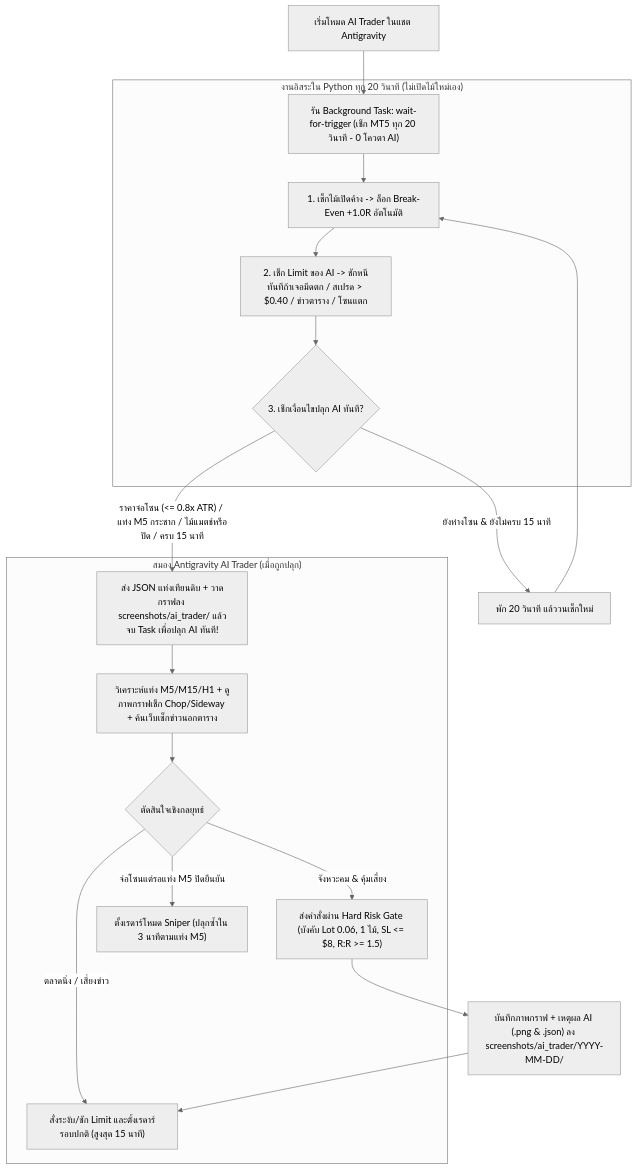
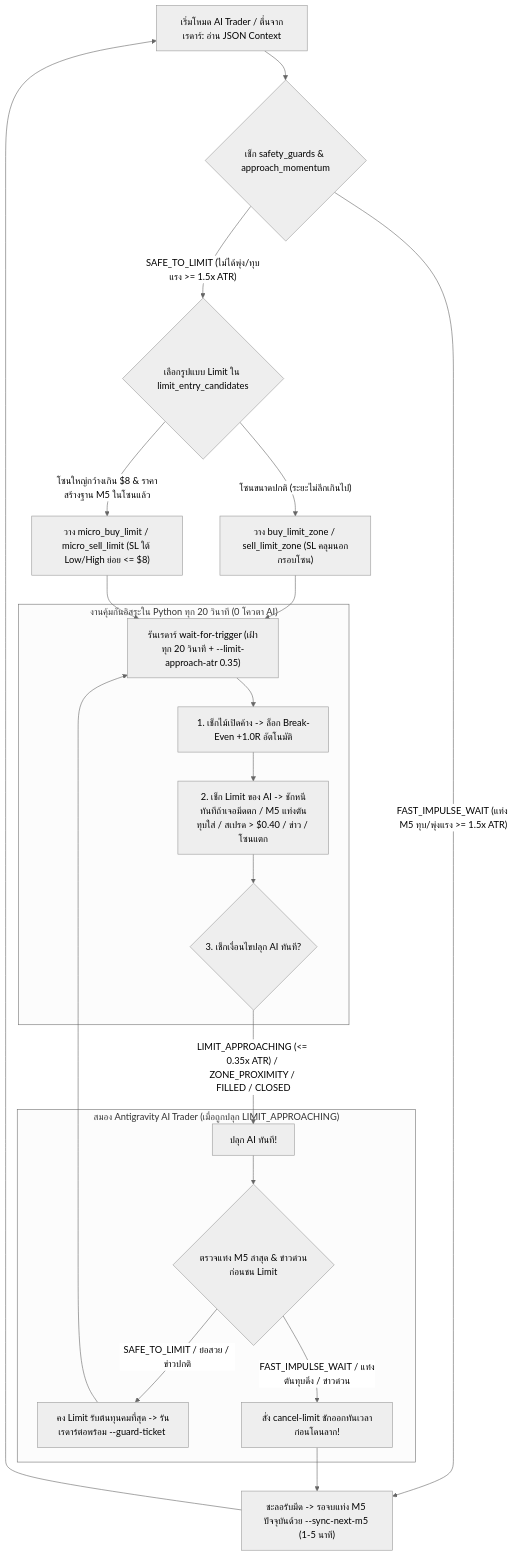
Before and after one commit to ice-TH/Auto_Trade_AI: the diagram in .agents/workflows/xauusd_ai_trader_workflow.md, drawn with Mermaid (neutral theme). The commit also changed other lines of this file and 21 other files, not shown here.

````diff
--- a/.agents/workflows/xauusd_ai_trader_workflow.md
+++ b/.agents/workflows/xauusd_ai_trader_workflow.md
@@ -16,26 +16,29 @@
 ```mermaid
 flowchart TD
-    Start["เริ่มโหมด AI Trader ในแชต Antigravity"] --> Radar["รัน Background Task: wait-for-trigger (เช็ก MT5 ทุก 20 วินาที - 0 โควตา AI)"]
-    
-    subgraph Python_Watchdog ["งานอิสระใน Python ทุก 20 วินาที (ไม่เปิดไม้ใหม่เอง)"]
+    Start["เริ่มโหมด AI Trader / ตื่นจากเรดาร์: อ่าน JSON Context"] --> CheckMom{"เช็ก safety_guards & approach_momentum"}
+    CheckMom -- "SAFE_TO_LIMIT (ไม่ได้พุ่ง/ทุบแรง >= 1.5x ATR)" --> PickLimit{"เลือกรูปแบบ Limit ใน limit_entry_candidates"}
+    PickLimit -- "โซนขนาดปกติ (ระยะไม่ลึกเกินไป)" --> ZoneLim["วาง buy_limit_zone / sell_limit_zone (SL คลุมนอกกรอบโซน)"]
+    PickLimit -- "โซนใหญ่กว้างเกิน $8 & ราคาสร้างฐาน M5 ในโซนแล้ว" --> MicroLim["วาง micro_buy_limit / micro_sell_limit (SL ใต้ Low/High ย่อย <= $8)"]
+    CheckMom -- "FAST_IMPULSE_WAIT (แท่ง M5 ทุบ/พุ่งแรง >= 1.5x ATR)" --> SyncM5["ชะลอรับมีด -> รอจบแท่ง M5 ปัจจุบันด้วย --sync-next-m5 (1-5 นาที)"]
+
+    ZoneLim --> Radar["รันเรดาร์ wait-for-trigger (เฝ้าทุก 20 วินาที + --limit-approach-atr 0.35)"]
+    MicroLim --> Radar
+    SyncM5 --> Start
+
+    subgraph Python_Watchdog ["งานคุ้มกันอิสระใน Python ทุก 20 วินาที (0 โควตา AI)"]
         Radar --> BE["1. เช็กไม้เปิดค้าง -> ล็อก Break-Even +1.0R อัตโนมัติ"]
-        BE --> GuardLimit["2. เช็ก Limit ของ AI -> ชักหนีทันทีถ้าเจอมีดตก / สเปรด > $0.40 / ข่าวตาราง / โซนแตก"]
+        BE --> GuardLimit["2. เช็ก Limit ของ AI -> ชักหนีทันทีถ้าเจอมีดตก / M5 แท่งตันทุบใส่ / สเปรด > $0.40 / ข่าว / โซนแตก"]
         GuardLimit --> CheckWake{"3. เช็กเงื่อนไขปลุก AI ทันที?"}
     end
-    
-    CheckWake -- "ยังห่างโซน & ยังไม่ครบ 15 นาที" --> Sleep20["พัก 20 วินาที แล้ววนเช็กใหม่"]
-    Sleep20 --> BE
-    
-    CheckWake -- "ราคาจ่อโซน (<= 0.8x ATR) / แท่ง M5 กระชาก / ไม้แมตช์หรือปิด / ครบ 15 นาที" --> WakeAI["ส่ง JSON แท่งเทียนดิบ + วาดกราฟลง screenshots/ai_trader/ แล้วจบ Task เพื่อปลุก AI ทันที!"]
-    
-    subgraph AI_Brain ["สมอง Antigravity AI Trader (เมื่อถูกปลุก)"]
-        WakeAI --> Analyze["วิเคราะห์แท่ง M5/M15/H1 + ดูภาพกราฟเช็ก Chop/Sideway + ค้นเว็บเช็กข่าวนอกตาราง"]
-        Analyze --> Decide{"ตัดสินใจเชิงกลยุทธ์"}
-        Decide -- "จังหวะคม & คุ้มเสี่ยง" --> Gate["ส่งคำสั่งผ่าน Hard Risk Gate (บังคับ Lot 0.06, 1 ไม้, SL <= $8, R:R >= 1.5)"]
-        Decide -- "จ่อโซนแต่รอแท่ง M5 ปิดยืนยัน" --> ShortRadar["ตั้งเรดาร์โหมด Sniper (ปลุกซ้ำใน 3 นาทีตามแท่ง M5)"]
-        Decide -- "ตลาดนิ่ง / เสี่ยงข่าว" --> NormalRadar["สั่งระงับ/ชัก Limit และตั้งเรดาร์รอบปกติ (สูงสุด 15 นาที)"]
+
+    CheckWake -- "LIMIT_APPROACHING (<= 0.35x ATR) / ZONE_PROXIMITY / FILLED / CLOSED" --> WakeAI["ปลุก AI ทันที!"]
+
+    subgraph AI_Brain ["สมอง Antigravity AI Trader (เมื่อถูกปลุก LIMIT_APPROACHING)"]
+        WakeAI --> PreFillCheck{"ตรวจแท่ง M5 ล่าสุด & ข่าวด่วนก่อนชน Limit"}
+        PreFillCheck -- "SAFE_TO_LIMIT / ย่อสวย / ข่าวปกติ" --> KeepLimit["คง Limit รับต้นทุนคมที่สุด -> รันเรดาร์ต่อพร้อม --guard-ticket <TICKET>"]
+        PreFillCheck -- "FAST_IMPULSE_WAIT / แท่งตันทุบดิ่ง / ข่าวด่วน" --> CancelLimit["สั่ง cancel-limit ชักออกทันเวลาก่อนโดนลาก!"]
     end
-    
-    Gate --> SaveAudit["บันทึกภาพกราฟ + เหตุผล AI (.png & .json) ลง screenshots/ai_trader/YYYY-MM-DD/"]
-    SaveAudit --> NormalRadar
+
+    KeepLimit --> Radar
+    CancelLimit --> SyncM5
 ```
````
